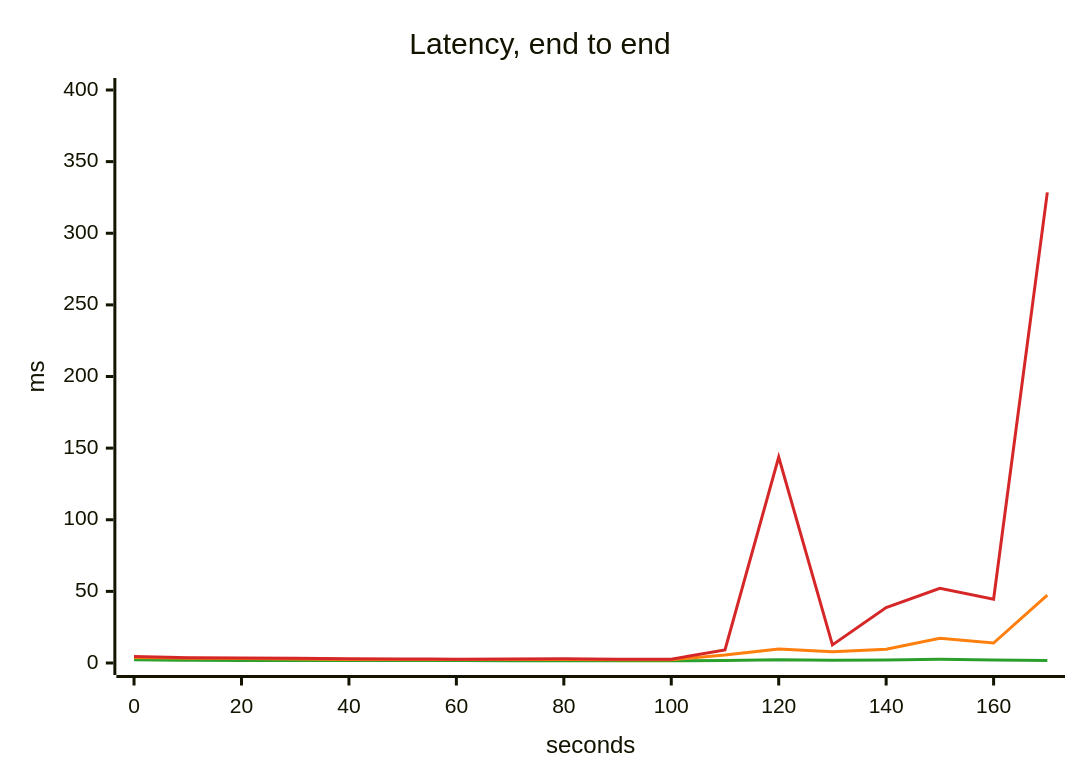
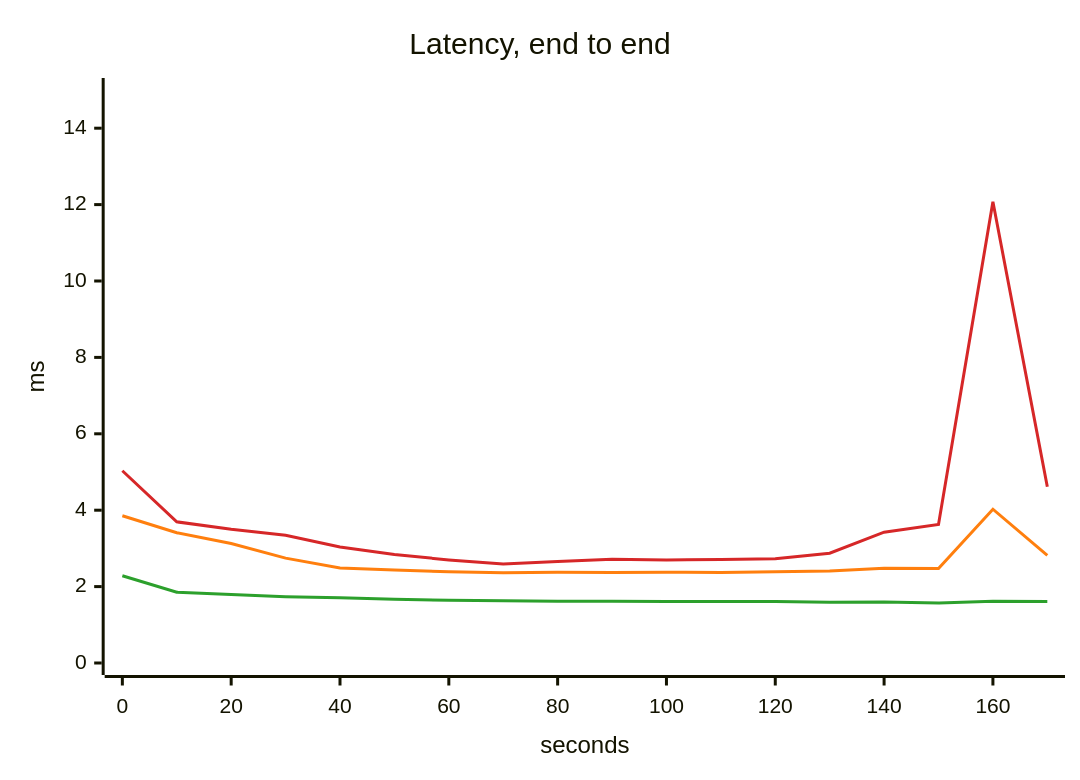
One commit to akinfemi/load-lore changed the third of 5 diagrams in scenarios/stale-orders/solutions/bigger-replica/report.md. Above: the diagram before and after it, drawn with Mermaid. The commit also changed other lines of this file and 125 other files, not shown here.

````diff
--- a/scenarios/stale-orders/solutions/bigger-replica/report.md
+++ b/scenarios/stale-orders/solutions/bigger-replica/report.md
@@ -59,16 +58,16 @@
 ```mermaid
 ---
 config:
   themeVariables:
     xyChart:
       backgroundColor: "transparent"
       plotColorPalette: "#2ca02c, #ff7f0e, #d62728"
 ---
 xychart-beta
     title "Latency, end to end"
     x-axis "seconds" 0 --> 170
-    y-axis "ms" 0 --> 400
-    line [2.281, 1.89, 1.799, 1.747, 1.703, 1.685, 1.659, 1.651, 1.622, 1.609, 1.591, 1.696, 2.355, 1.863, 2.071, 2.604, 2.113, 1.76]
-    line [3.797, 3.372, 3.144, 2.8, 2.485, 2.424, 2.406, 2.408, 2.394, 2.351, 2.344, 5.561, 9.756, 7.887, 9.55, 17.274, 13.943, 47.388]
-    line [4.505, 3.612, 3.516, 3.364, 2.974, 2.809, 2.695, 2.762, 2.953, 2.576, 2.677, 9.123, 143.764, 12.62, 38.749, 52.163, 44.469, 328.566]
+    y-axis "ms" 0 --> 15
+    line [2.285, 1.855, 1.794, 1.735, 1.707, 1.666, 1.644, 1.632, 1.618, 1.614, 1.613, 1.612, 1.609, 1.589, 1.598, 1.57, 1.615, 1.612]
+    line [3.855, 3.411, 3.127, 2.746, 2.485, 2.432, 2.386, 2.361, 2.373, 2.369, 2.376, 2.371, 2.39, 2.406, 2.481, 2.473, 4.026, 2.815]
+    line [5.032, 3.695, 3.501, 3.345, 3.035, 2.839, 2.699, 2.59, 2.66, 2.718, 2.696, 2.71, 2.728, 2.874, 3.425, 3.628, 12.073, 4.612]
 ```
````
